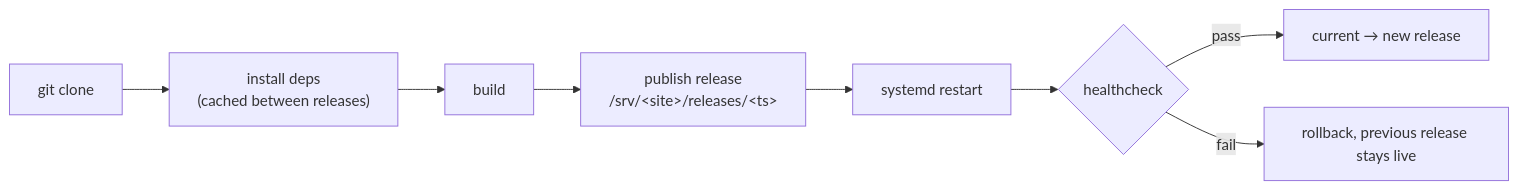
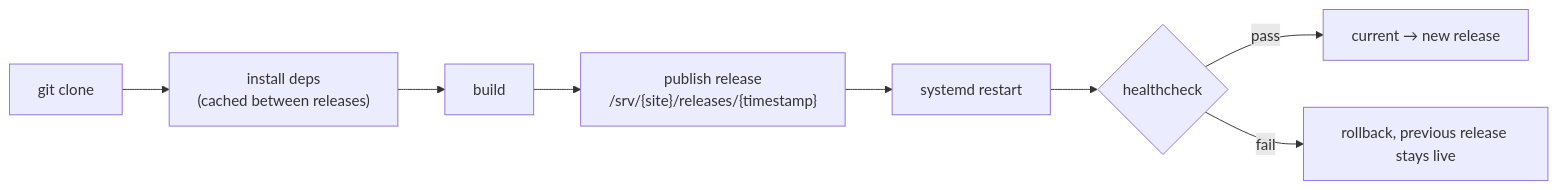
The second of 2 diagrams in README.md (ARTFROST1/FreimDeploy), drawn with Mermaid before and after one commit. The commit also changed 1 other file, not shown here.

Commit message:
docs: fix mermaid labels — angle-bracket placeholders were stripped as HTML tags

````diff
--- a/README.md
+++ b/README.md
@@ -184,10 +184,10 @@
 ```mermaid
 flowchart LR
     A["git clone"] --> B["install deps<br/>(cached between releases)"]
     B --> C["build"]
-    C --> D["publish release<br/>/srv/&lt;site&gt;/releases/&lt;ts&gt;"]
+    C --> D["publish release<br/>/srv/{site}/releases/{timestamp}"]
     D --> E["systemd restart"]
     E --> F{"healthcheck"}
     F -->|pass| G["current → new release"]
     F -->|fail| H["rollback, previous release stays live"]
 ```
````
